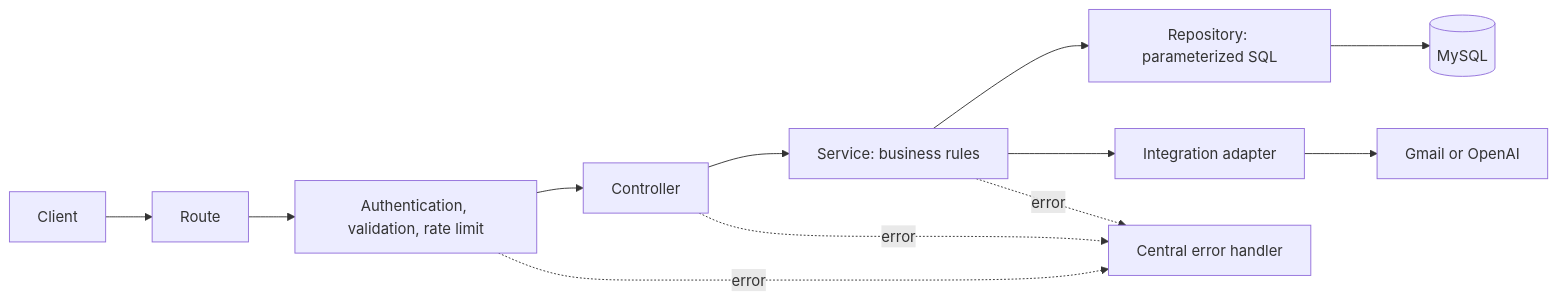
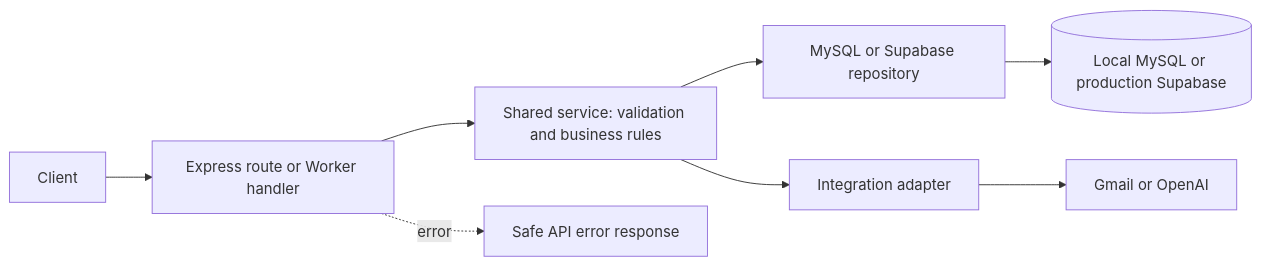
One commit to Twilight1126/Concourse changed the second of 3 diagrams in docs/architecture.md. Above: the diagram before and after it, drawn with Mermaid. The commit also changed other lines of this file and 28 other files, not shown here.

Commit message:
feat: align local and production application runtimes

````diff
--- a/docs/architecture.md
+++ b/docs/architecture.md
@@ -294,14 +287,10 @@
 ```mermaid
 flowchart LR
-    C[Client] --> R[Route]
-    R --> M[Authentication, validation, rate limit]
-    M --> K[Controller]
-    K --> S[Service: business rules]
-    S --> P[Repository: parameterized SQL]
-    P --> D[(MySQL)]
+    C[Client] --> R[Express route or Worker handler]
+    R --> S[Shared service: validation and business rules]
+    S --> P[MySQL or Supabase repository]
+    P --> D[(Local MySQL or production Supabase)]
     S --> I[Integration adapter]
     I --> E[Gmail or OpenAI]
-    M -.error.-> H[Central error handler]
-    K -.error.-> H
-    S -.error.-> H
+    R -.error.-> H[Safe API error response]
 ```
````
